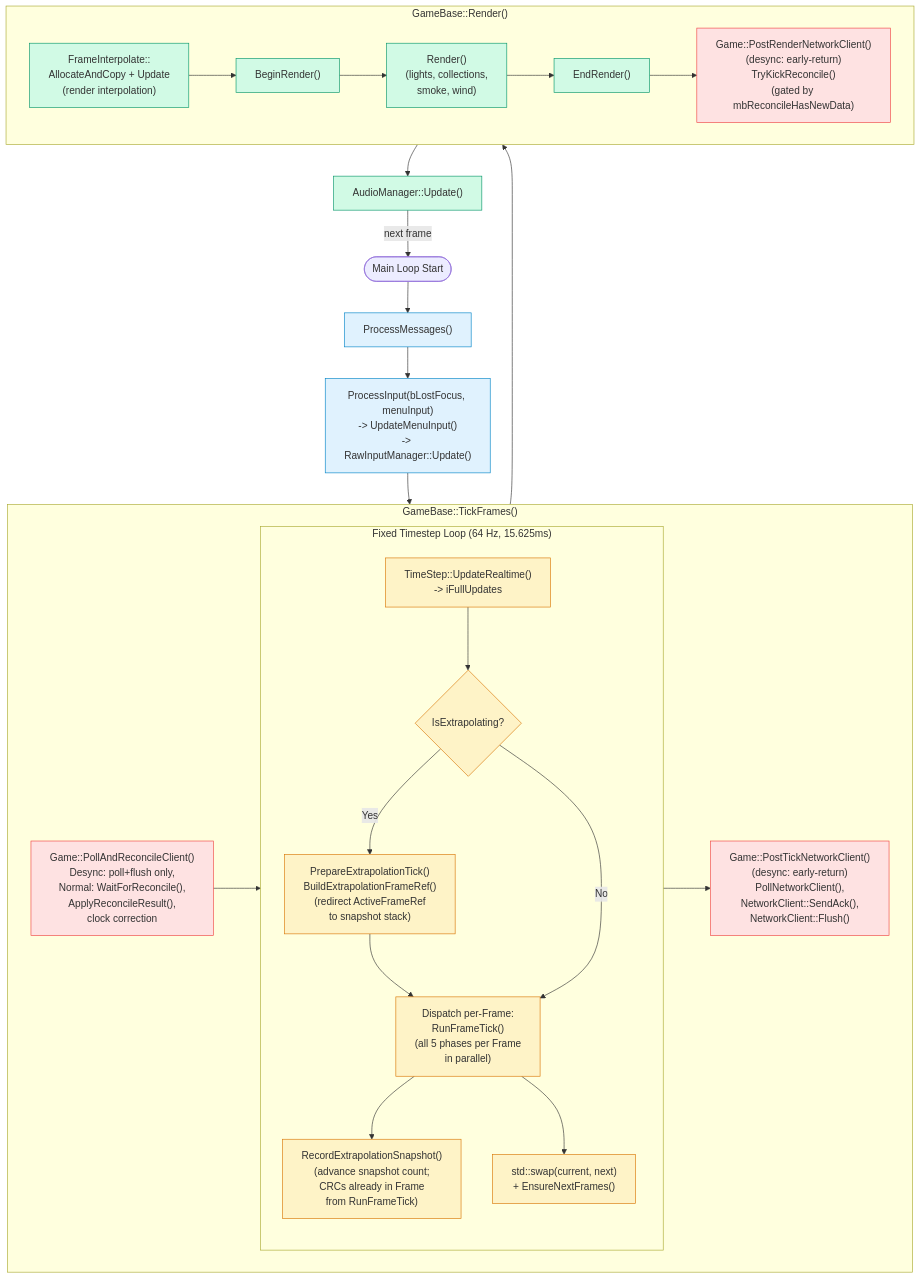
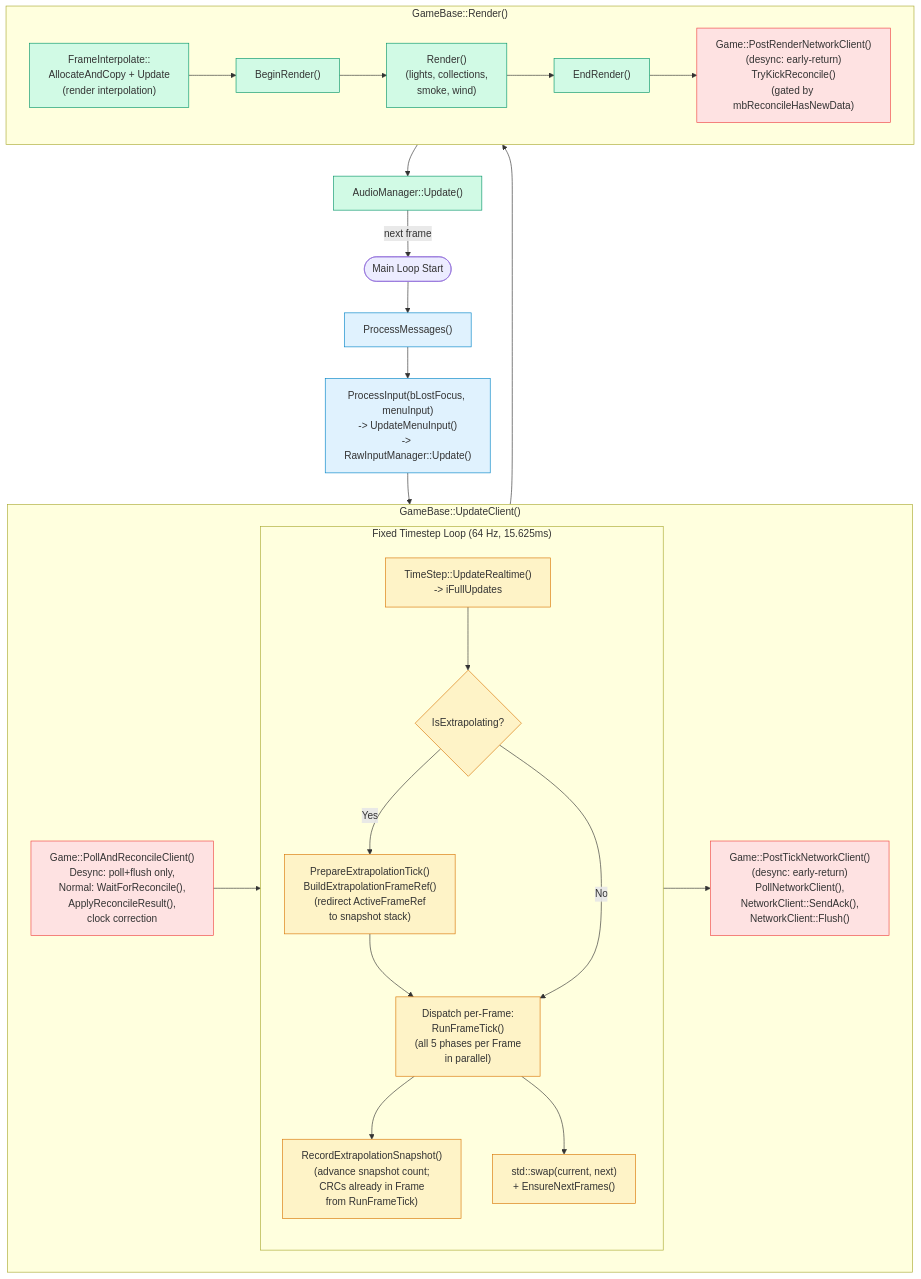
Before and after one commit to DougTanner/BrokenEnginePublic: the second of 5 diagrams in Documents/Architecture/FrameUpdatePipeline.md, drawn with Mermaid. The commit also changed other lines of this file and 52 other files, not shown here.

````diff
--- a/Documents/Architecture/FrameUpdatePipeline.md
+++ b/Documents/Architecture/FrameUpdatePipeline.md
@@ -55,51 +55,51 @@
 ```mermaid
 %%{init: {'theme': 'default'}}%%
 flowchart TD
     classDef input fill:#e0f2fe,stroke:#0284c7
     classDef physics fill:#fef3c7,stroke:#d97706
     classDef network fill:#fee2e2,stroke:#ef4444
     classDef render fill:#d1fae5,stroke:#059669
 
     start(["Main Loop Start"])
 
     msgs["ProcessMessages()"]:::input
 
     preupdate["ProcessInput(bLostFocus, menuInput)<br/>-> UpdateMenuInput()<br/>-> RawInputManager::Update()"]:::input
 
-    subgraph tick_frames ["GameBase::TickFrames()"]
+    subgraph tick_frames ["GameBase::UpdateClient()"]
         poll_reconcile["Game::PollAndReconcileClient()<br/>Desync: poll+flush only,<br/>Normal: WaitForReconcile(),<br/>ApplyReconcileResult(),<br/>clock correction"]:::network
 
         subgraph physics_loop ["Fixed Timestep Loop (64 Hz, 15.625ms)"]
             ts["TimeStep::UpdateRealtime()<br/>-> iFullUpdates"]:::physics
             extrap_check{"IsExtrapolating?"}:::physics
             extrap_prep["PrepareExtrapolationTick()<br/>BuildExtrapolationFrameRef()<br/>(redirect ActiveFrameRef<br/>to snapshot stack)"]:::physics
             dispatch["Dispatch per-Frame:<br/>RunFrameTick()<br/>(all 5 phases per Frame<br/>in parallel)"]:::physics
             extrap_record["RecordExtrapolationSnapshot()<br/>(advance snapshot count;<br/>CRCs already in Frame<br/>from RunFrameTick)"]:::physics
             frame_swap["std::swap(current, next)<br/>+ EnsureNextFrames()"]:::physics
             ts --> extrap_check
             extrap_check -->|"Yes"| extrap_prep --> dispatch --> extrap_record
             extrap_check -->|"No"| dispatch --> frame_swap
         end
 
         post_tick["Game::PostTickNetworkClient()<br/>(desync: early-return)<br/>PollNetworkClient(),<br/>NetworkClient::SendAck(),<br/>NetworkClient::Flush()"]:::network
 
         poll_reconcile --> physics_loop --> post_tick
     end
 
     subgraph render_method ["GameBase::Render()"]
         r_interp["FrameInterpolate::<br/>AllocateAndCopy + Update<br/>(render interpolation)"]:::render
         r_begin["BeginRender()"]:::render
         r_main["Render()<br/>(lights, collections,<br/>smoke, wind)"]:::render
         r_end["EndRender()"]:::render
 
         post_render["Game::PostRenderNetworkClient()<br/>(desync: early-return)<br/>TryKickReconcile()<br/>(gated by mbReconcileHasNewData)"]:::network
 
         r_interp --> r_begin --> r_main --> r_end --> post_render
     end
 
     audio["AudioManager::Update()"]:::render
 
     start --> msgs --> preupdate --> tick_frames
     tick_frames --> render_method --> audio
     audio -->|next frame| start
 ```
````
